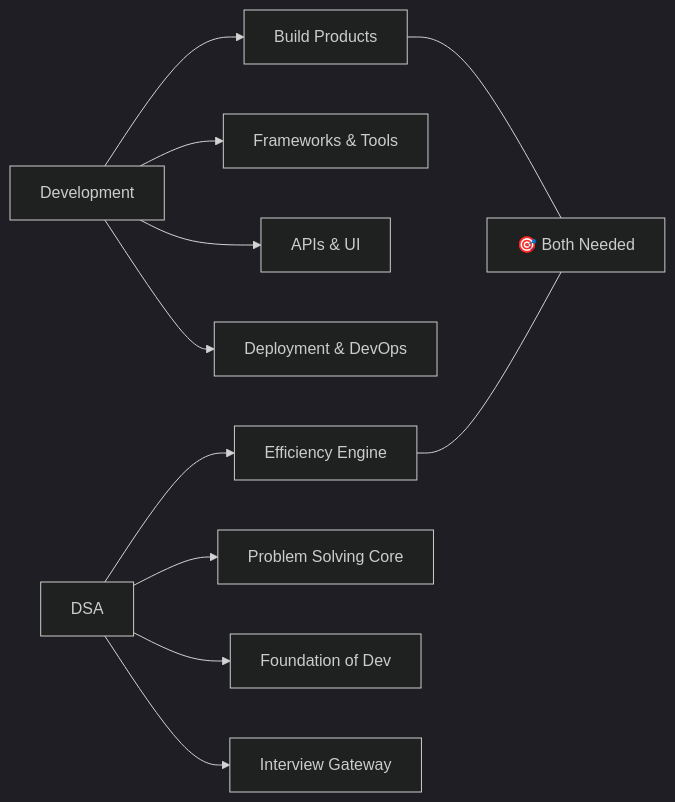
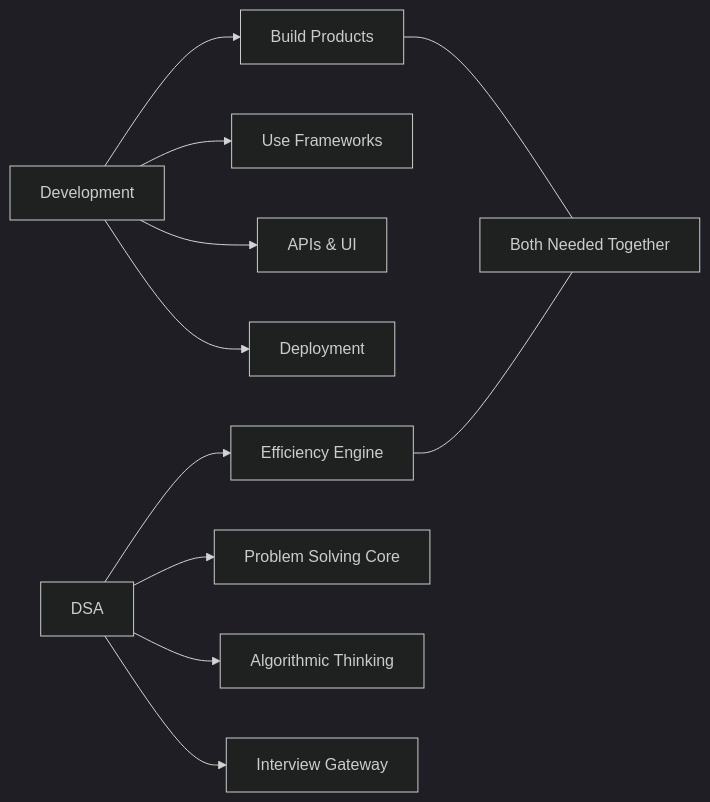
Before and after one commit to Kshitijgul/Notes: the tenth of 12 diagrams in DSA/01-Introduction.md, drawn with Mermaid (dark theme). The commit also changed other lines of this file and 1 other file, not shown here.

````diff
--- a/DSA/01-Introduction.md
+++ b/DSA/01-Introduction.md
@@ -999,15 +1126,15 @@
 ```mermaid
 flowchart LR
     A[Development] --> A1[Build Products]
-    A --> A2[Frameworks & Tools]
+    A --> A2[Use Frameworks]
     A --> A3[APIs & UI]
-    A --> A4[Deployment & DevOps]
-    
+    A --> A4[Deployment]
+
     B[DSA] --> B1[Efficiency Engine]
     B --> B2[Problem Solving Core]
-    B --> B3[Foundation of Dev]
+    B --> B3[Algorithmic Thinking]
     B --> B4[Interview Gateway]
-    
-    A1 --- C[🎯 Both Needed]
+
+    A1 --- C[Both Needed Together]
     B1 --- C
 ```
````
